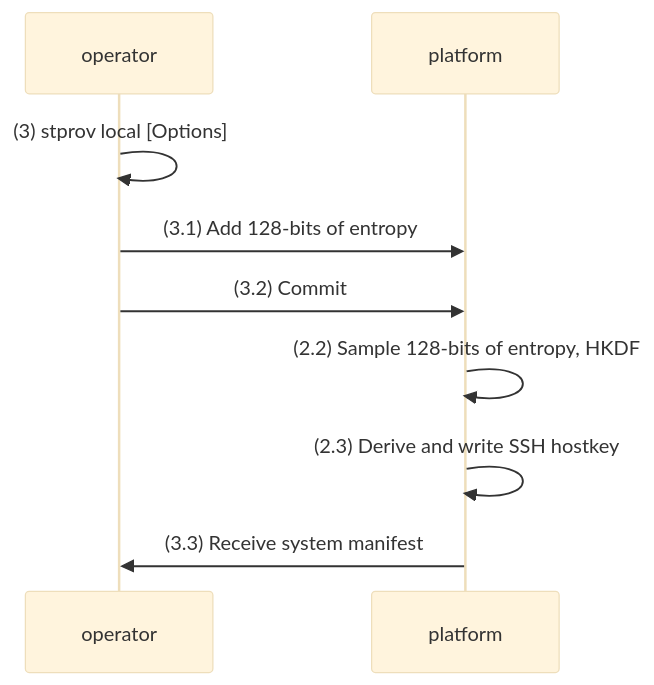
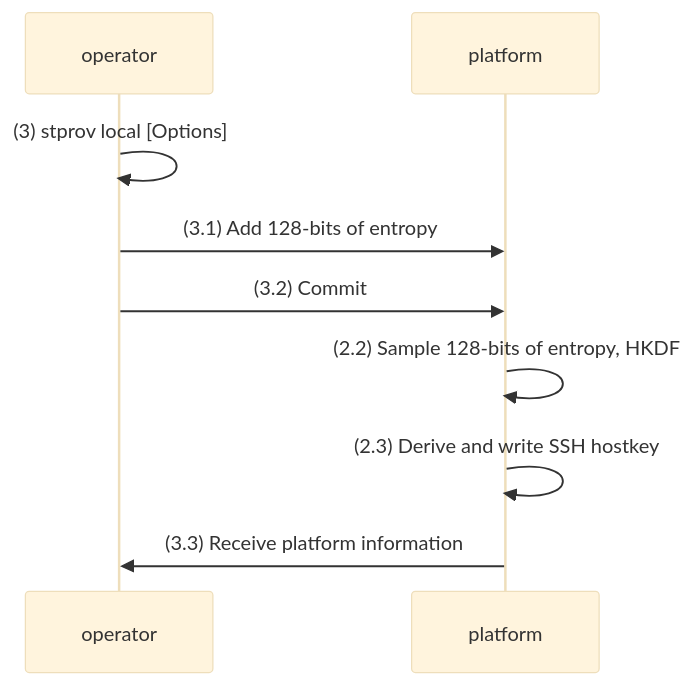
The third of 3 diagrams in docs/stprov-system.md (system-transparency/stprov), drawn with Mermaid (base theme) before and after one commit. The commit also changed other lines of this file, not shown here.

Commit message:
docs: Drop mentions of a fancy manifest

````diff
--- a/docs/stprov-system.md
+++ b/docs/stprov-system.md
@@ -129,15 +129,15 @@
 ```mermaid
 sequenceDiagram
 
 participant operator
 participant platform
 
 operator->>operator: (3) stprov local [Options]
 operator->>platform: (3.1) Add 128-bits of entropy
 operator->>platform: (3.2) Commit
 
 platform->>platform: (2.2) Sample 128-bits of entropy, HKDF
 platform->>platform: (2.3) Derive and write SSH hostkey
 
-platform->>operator: (3.3) Receive system manifest
+platform->>operator: (3.3) Receive platform information
 ```
````
